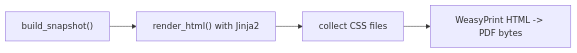
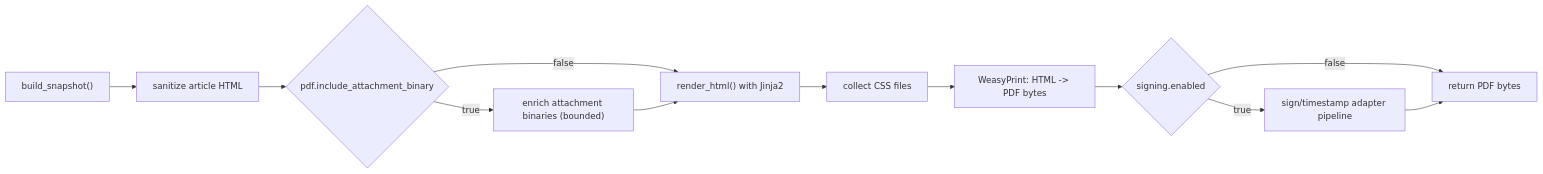
The diagram in docs/05-pdf-rendering.md (sebastianspicker/zammad-ticket-archiver), drawn with Mermaid before and after one commit. The commit also changed 29 other files, not shown here.

````diff
--- a/docs/05-pdf-rendering.md
+++ b/docs/05-pdf-rendering.md
@@ -7,6 +7,14 @@
 ```mermaid
 flowchart LR
-  A["build_snapshot()"] --> B["render_html() with Jinja2"]
-  B --> C["collect CSS files"]
-  C --> D["WeasyPrint HTML -> PDF bytes"]
+  A["build_snapshot()"] --> B["sanitize article HTML"]
+  B --> C{"pdf.include_attachment_binary"}
+  C -->|"false"| D["render_html() with Jinja2"]
+  C -->|"true"| E["enrich attachment binaries (bounded)"]
+  E --> D
+  D --> F["collect CSS files"]
+  F --> G["WeasyPrint: HTML -> PDF bytes"]
+  G --> H{"signing.enabled"}
+  H -->|"false"| I["return PDF bytes"]
+  H -->|"true"| J["sign/timestamp adapter pipeline"]
+  J --> I
 ```
````
